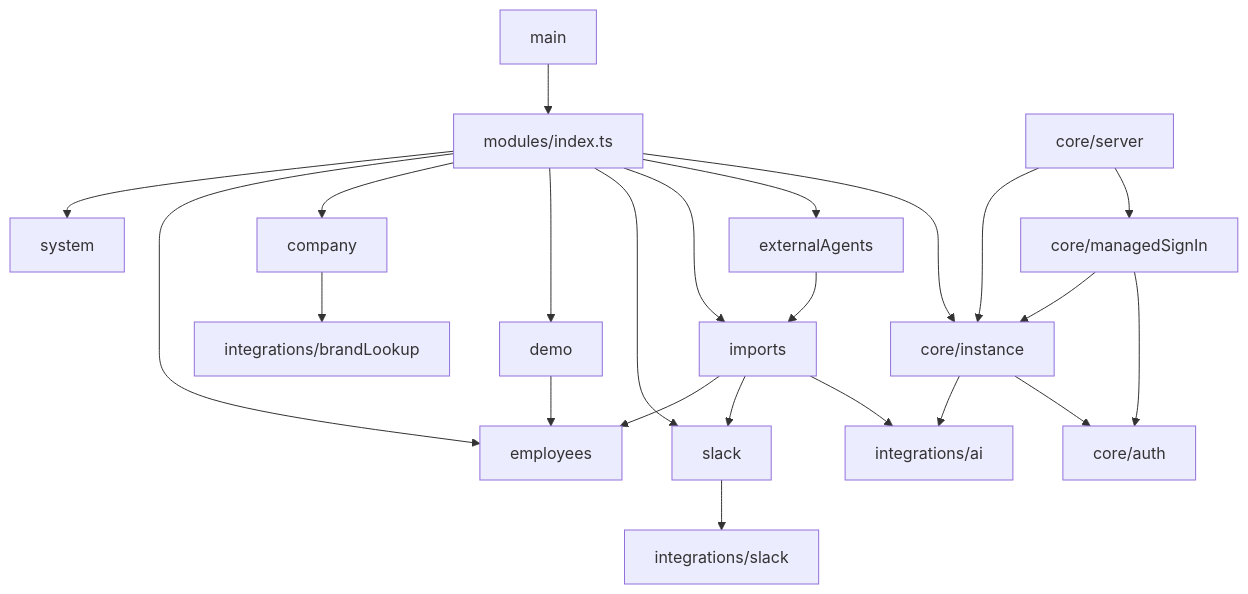
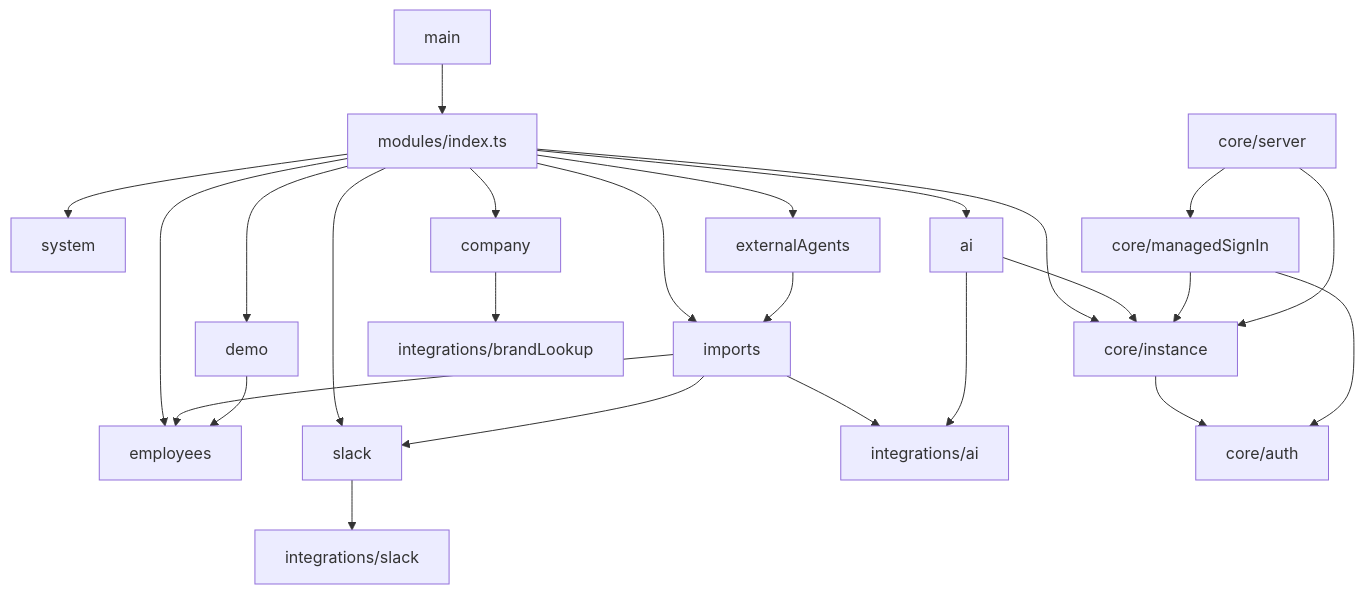
One commit to getbroccoli/broccoli changed the first of 2 diagrams in docs/modules.md. Above: the diagram before and after it, drawn with Mermaid. The commit also changed other lines of this file and 2 other files, not shown here.

````diff
--- a/docs/modules.md
+++ b/docs/modules.md
@@ -7,18 +7,19 @@
 ```mermaid
 flowchart TD
   main --> modulesIndex[modules/index.ts]
-  modulesIndex --> system & employees & company & demo & slackModule[slack] & imports & externalAgents
+  modulesIndex --> system & aiModule[ai] & employees & company & demo & slackModule[slack] & imports & externalAgents
   modulesIndex --> instance
   externalAgents --> imports
   imports --> employees
   imports --> slackModule
   demo --> employees
   imports --> ai[integrations/ai]
+  aiModule --> ai
+  aiModule --> instance
   company --> brandLookup[integrations/brandLookup]
   slackModule --> slackApi[integrations/slack]
-  instance[core/instance] --> ai
-  instance --> auth[core/auth]
+  instance[core/instance] --> auth[core/auth]
   managedSignIn[core/managedSignIn] --> instance
   managedSignIn --> auth
   server[core/server] --> instance & managedSignIn
 ```
````
